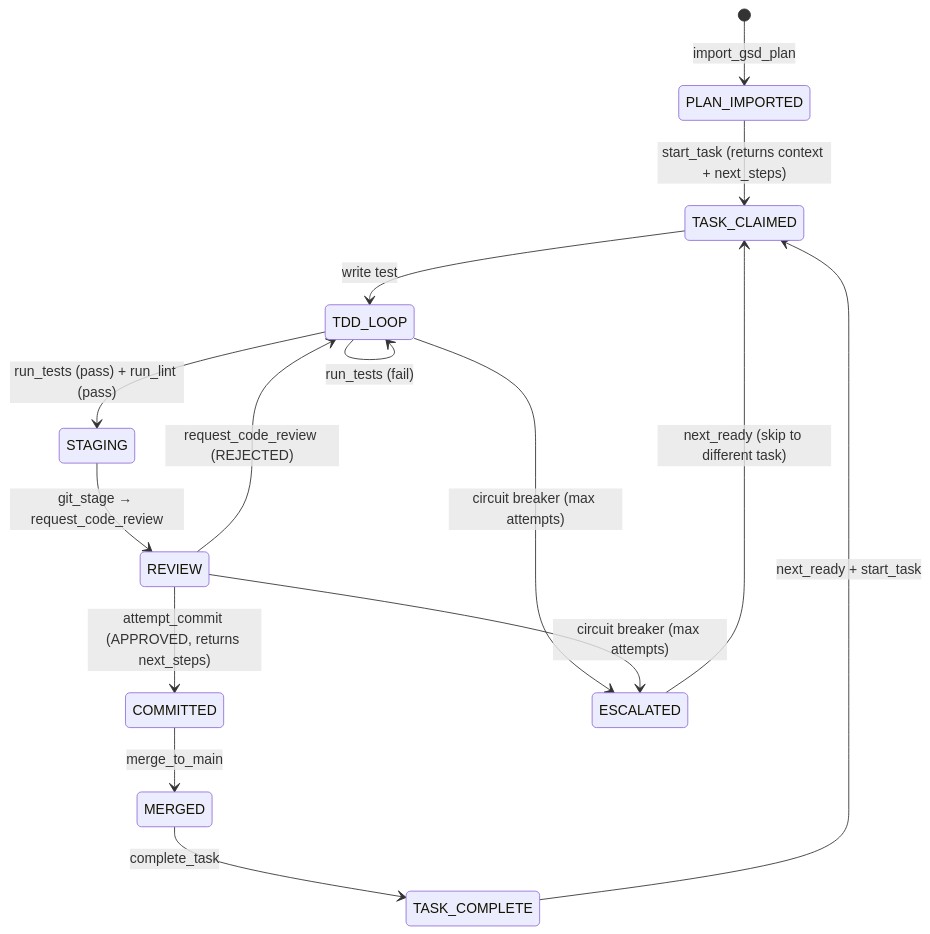
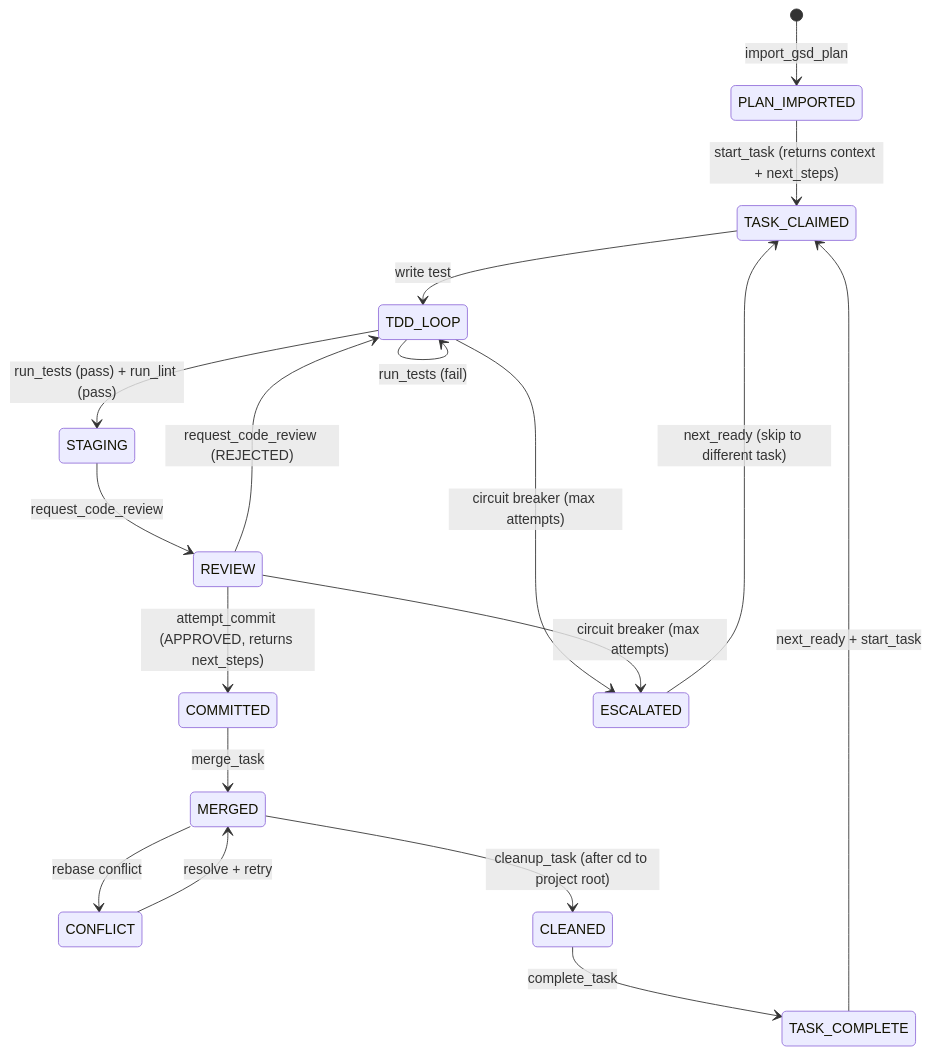
One commit to lukemcguire/vibraphone-template changed the diagram in AGENTS.md. Above: the diagram before and after it, drawn with Mermaid. The commit also changed other lines of this file and 13 other files, not shown here.

````diff
--- a/AGENTS.md
+++ b/AGENTS.md
@@ -71,17 +70,20 @@
 ```mermaid
 stateDiagram-v2
     [*] --> PLAN_IMPORTED: import_gsd_plan
     PLAN_IMPORTED --> TASK_CLAIMED: start_task (returns context + next_steps)
     TASK_CLAIMED --> TDD_LOOP: write test
     TDD_LOOP --> TDD_LOOP: run_tests (fail)
     TDD_LOOP --> STAGING: run_tests (pass) + run_lint (pass)
-    STAGING --> REVIEW: git_stage → request_code_review
+    STAGING --> REVIEW: request_code_review
     REVIEW --> TDD_LOOP: request_code_review (REJECTED)
     REVIEW --> COMMITTED: attempt_commit (APPROVED, returns next_steps)
-    COMMITTED --> MERGED: merge_to_main
-    MERGED --> TASK_COMPLETE: complete_task
+    COMMITTED --> MERGED: merge_task
+    MERGED --> CONFLICT: rebase conflict
+    CONFLICT --> MERGED: resolve + retry
+    MERGED --> CLEANED: cleanup_task (after cd to project root)
+    CLEANED --> TASK_COMPLETE: complete_task
     TASK_COMPLETE --> TASK_CLAIMED: next_ready + start_task
     TDD_LOOP --> ESCALATED: circuit breaker (max attempts)
     REVIEW --> ESCALATED: circuit breaker (max attempts)
     ESCALATED --> TASK_CLAIMED: next_ready (skip to different task)
 ```
````
